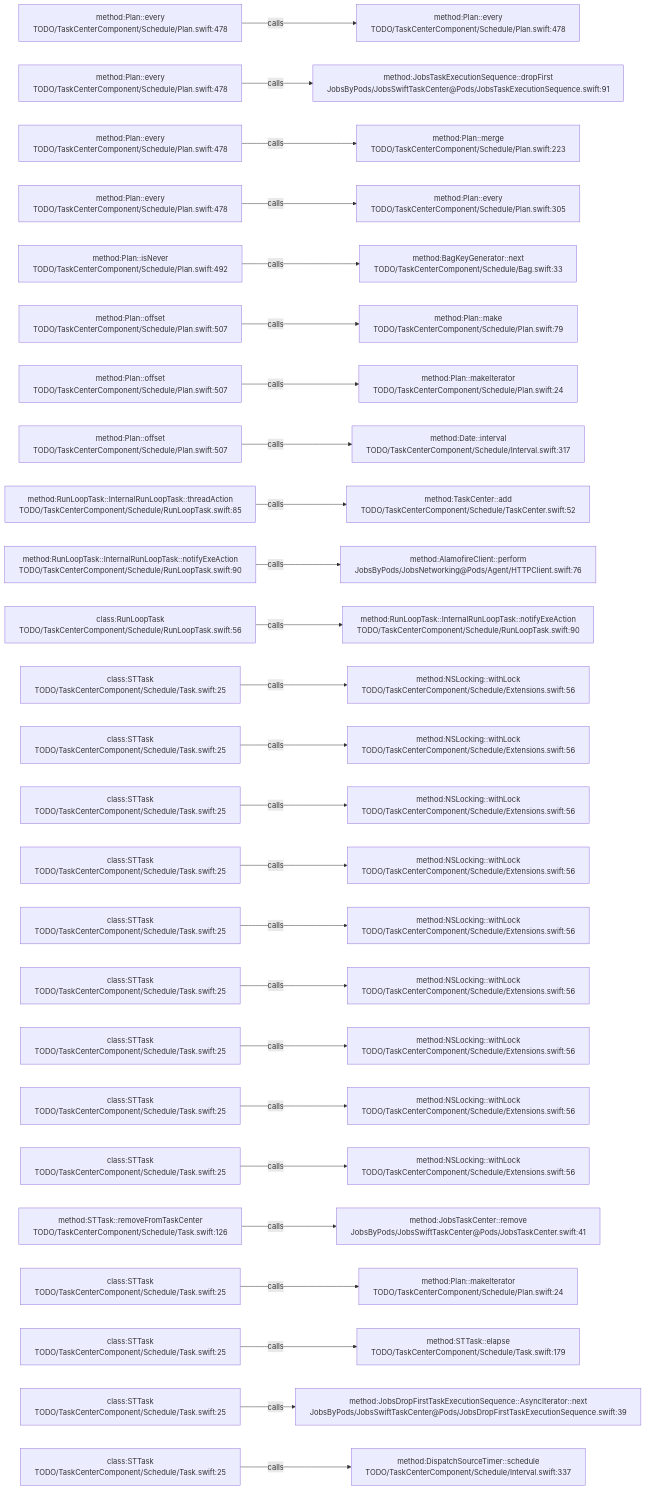
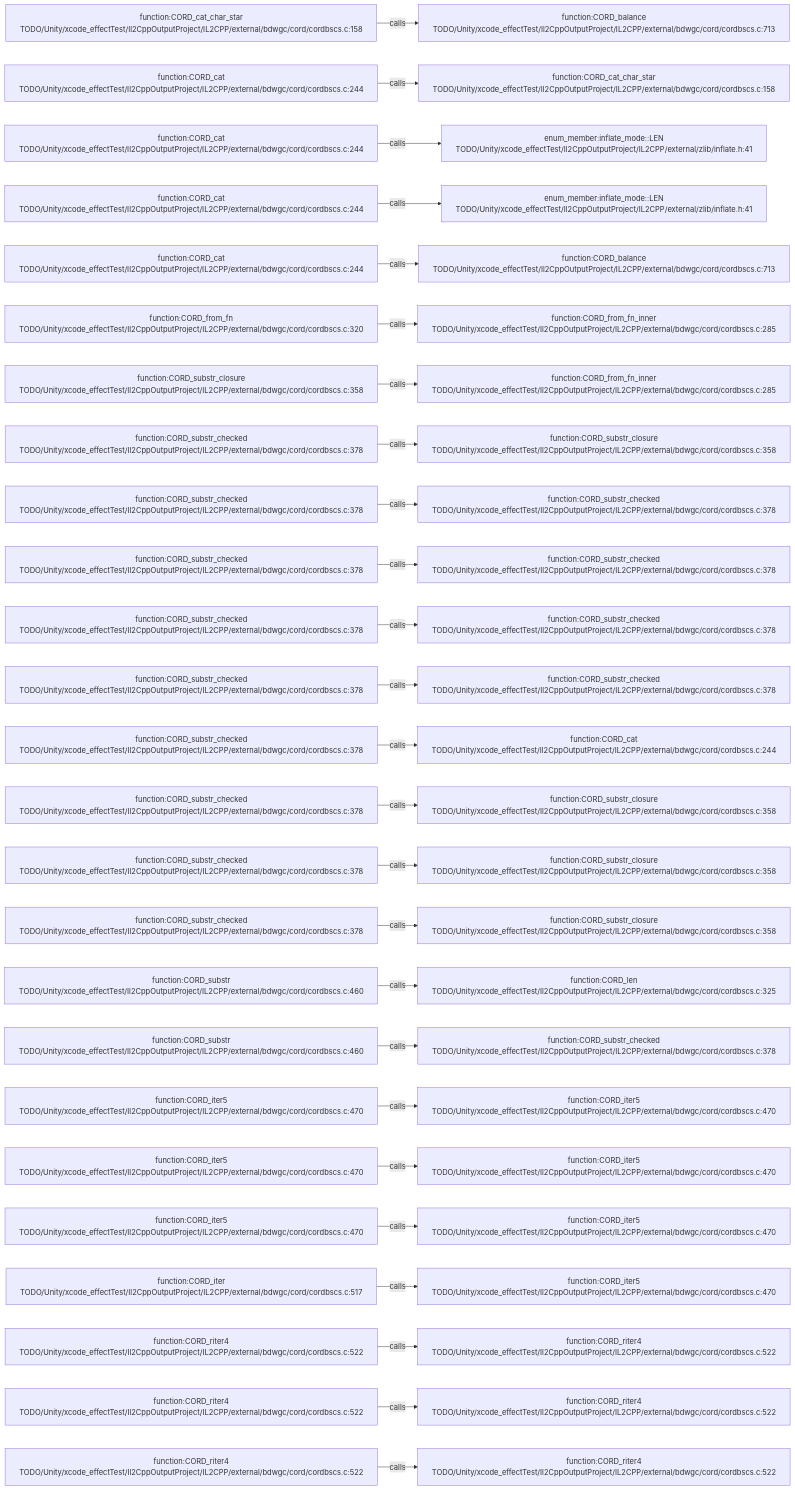
One commit to JobsKits/JobsSwiftBaseConfigDemo changed the diagram in .codegraph/codegraph.md/graphs/calls-084.md. Above: the diagram before and after it, drawn with Mermaid. The commit also changed 227 other files, not shown here.

````diff
--- a/.codegraph/codegraph.md/graphs/calls-084.md
+++ b/.codegraph/codegraph.md/graphs/calls-084.md
@@ -13,78 +13,78 @@
 ```mermaid
 flowchart LR
-  S1["method:Plan::every<br/>TODO/TaskCenterComponent/Schedule/Plan.swift:478"]
-  T1["method:Plan::every<br/>TODO/TaskCenterComponent/Schedule/Plan.swift:478"]
+  S1["function:CORD_cat_char_star<br/>TODO/Unity/xcode_effectTest/Il2CppOutputProject/IL2CPP/external/bdwgc/cord/cordbscs.c:158"]
+  T1["function:CORD_balance<br/>TODO/Unity/xcode_effectTest/Il2CppOutputProject/IL2CPP/external/bdwgc/cord/cordbscs.c:713"]
   S1 -->|calls| T1
-  S2["method:Plan::every<br/>TODO/TaskCenterComponent/Schedule/Plan.swift:478"]
-  T2["method:JobsTaskExecutionSequence::dropFirst<br/>JobsByPods/JobsSwiftTaskCenter@Pods/JobsTaskExecutionSequence.swift:91"]
+  S2["function:CORD_cat<br/>TODO/Unity/xcode_effectTest/Il2CppOutputProject/IL2CPP/external/bdwgc/cord/cordbscs.c:244"]
+  T2["function:CORD_cat_char_star<br/>TODO/Unity/xcode_effectTest/Il2CppOutputProject/IL2CPP/external/bdwgc/cord/cordbscs.c:158"]
   S2 -->|calls| T2
-  S3["method:Plan::every<br/>TODO/TaskCenterComponent/Schedule/Plan.swift:478"]
-  T3["method:Plan::merge<br/>TODO/TaskCenterComponent/Schedule/Plan.swift:223"]
+  S3["function:CORD_cat<br/>TODO/Unity/xcode_effectTest/Il2CppOutputProject/IL2CPP/external/bdwgc/cord/cordbscs.c:244"]
+  T3["enum_member:inflate_mode::LEN<br/>TODO/Unity/xcode_effectTest/Il2CppOutputProject/IL2CPP/external/zlib/inflate.h:41"]
   S3 -->|calls| T3
-  S4["method:Plan::every<br/>TODO/TaskCenterComponent/Schedule/Plan.swift:478"]
-  T4["method:Plan::every<br/>TODO/TaskCenterComponent/Schedule/Plan.swift:305"]
+  S4["function:CORD_cat<br/>TODO/Unity/xcode_effectTest/Il2CppOutputProject/IL2CPP/external/bdwgc/cord/cordbscs.c:244"]
+  T4["enum_member:inflate_mode::LEN<br/>TODO/Unity/xcode_effectTest/Il2CppOutputProject/IL2CPP/external/zlib/inflate.h:41"]
   S4 -->|calls| T4
-  S5["method:Plan::isNever<br/>TODO/TaskCenterComponent/Schedule/Plan.swift:492"]
-  T5["method:BagKeyGenerator::next<br/>TODO/TaskCenterComponent/Schedule/Bag.swift:33"]
+  S5["function:CORD_cat<br/>TODO/Unity/xcode_effectTest/Il2CppOutputProject/IL2CPP/external/bdwgc/cord/cordbscs.c:244"]
+  T5["function:CORD_balance<br/>TODO/Unity/xcode_effectTest/Il2CppOutputProject/IL2CPP/external/bdwgc/cord/cordbscs.c:713"]
   S5 -->|calls| T5
-  S6["method:Plan::offset<br/>TODO/TaskCenterComponent/Schedule/Plan.swift:507"]
-  T6["method:Plan::make<br/>TODO/TaskCenterComponent/Schedule/Plan.swift:79"]
+  S6["function:CORD_from_fn<br/>TODO/Unity/xcode_effectTest/Il2CppOutputProject/IL2CPP/external/bdwgc/cord/cordbscs.c:320"]
+  T6["function:CORD_from_fn_inner<br/>TODO/Unity/xcode_effectTest/Il2CppOutputProject/IL2CPP/external/bdwgc/cord/cordbscs.c:285"]
   S6 -->|calls| T6
-  S7["method:Plan::offset<br/>TODO/TaskCenterComponent/Schedule/Plan.swift:507"]
-  T7["method:Plan::makeIterator<br/>TODO/TaskCenterComponent/Schedule/Plan.swift:24"]
+  S7["function:CORD_substr_closure<br/>TODO/Unity/xcode_effectTest/Il2CppOutputProject/IL2CPP/external/bdwgc/cord/cordbscs.c:358"]
+  T7["function:CORD_from_fn_inner<br/>TODO/Unity/xcode_effectTest/Il2CppOutputProject/IL2CPP/external/bdwgc/cord/cordbscs.c:285"]
   S7 -->|calls| T7
-  S8["method:Plan::offset<br/>TODO/TaskCenterComponent/Schedule/Plan.swift:507"]
-  T8["method:Date::interval<br/>TODO/TaskCenterComponent/Schedule/Interval.swift:317"]
+  S8["function:CORD_substr_checked<br/>TODO/Unity/xcode_effectTest/Il2CppOutputProject/IL2CPP/external/bdwgc/cord/cordbscs.c:378"]
+  T8["function:CORD_substr_closure<br/>TODO/Unity/xcode_effectTest/Il2CppOutputProject/IL2CPP/external/bdwgc/cord/cordbscs.c:358"]
   S8 -->|calls| T8
-  S9["method:RunLoopTask::InternalRunLoopTask::threadAction<br/>TODO/TaskCenterComponent/Schedule/RunLoopTask.swift:85"]
-  T9["method:TaskCenter::add<br/>TODO/TaskCenterComponent/Schedule/TaskCenter.swift:52"]
+  S9["function:CORD_substr_checked<br/>TODO/Unity/xcode_effectTest/Il2CppOutputProject/IL2CPP/external/bdwgc/cord/cordbscs.c:378"]
+  T9["function:CORD_substr_checked<br/>TODO/Unity/xcode_effectTest/Il2CppOutputProject/IL2CPP/external/bdwgc/cord/cordbscs.c:378"]
   S9 -->|calls| T9
-  S10["method:RunLoopTask::InternalRunLoopTask::notifyExeAction<br/>TODO/TaskCenterComponent/Schedule/RunLoopTask.swift:90"]
-  T10["method:AlamofireClient::perform<br/>JobsByPods/JobsNetworking@Pods/Agent/HTTPClient.swift:76"]
+  S10["function:CORD_substr_checked<br/>TODO/Unity/xcode_effectTest/Il2CppOutputProject/IL2CPP/external/bdwgc/cord/cordbscs.c:378"]
+  T10["function:CORD_substr_checked<br/>TODO/Unity/xcode_effectTest/Il2CppOutputProject/IL2CPP/external/bdwgc/cord/cordbscs.c:378"]
   S10 -->|calls| T10
-  S11["class:RunLoopTask<br/>TODO/TaskCenterComponent/Schedule/RunLoopTask.swift:56"]
-  T11["method:RunLoopTask::InternalRunLoopTask::notifyExeAction<br/>TODO/TaskCenterComponent/Schedule/RunLoopTask.swift:90"]
+  S11["function:CORD_substr_checked<br/>TODO/Unity/xcode_effectTest/Il2CppOutputProject/IL2CPP/external/bdwgc/cord/cordbscs.c:378"]
+  T11["function:CORD_substr_checked<br/>TODO/Unity/xcode_effectTest/Il2CppOutputProject/IL2CPP/external/bdwgc/cord/cordbscs.c:378"]
   S11 -->|calls| T11
-  S12["class:STTask<br/>TODO/TaskCenterComponent/Schedule/Task.swift:25"]
-  T12["method:NSLocking::withLock<br/>TODO/TaskCenterComponent/Schedule/Extensions.swift:56"]
+  S12["function:CORD_substr_checked<br/>TODO/Unity/xcode_effectTest/Il2CppOutputProject/IL2CPP/external/bdwgc/cord/cordbscs.c:378"]
+  T12["function:CORD_substr_checked<br/>TODO/Unity/xcode_effectTest/Il2CppOutputProject/IL2CPP/external/bdwgc/cord/cordbscs.c:378"]
   S12 -->|calls| T12
-  S13["class:STTask<br/>TODO/TaskCenterComponent/Schedule/Task.swift:25"]
-  T13["method:NSLocking::withLock<br/>TODO/TaskCenterComponent/Schedule/Extensions.swift:56"]
+  S13["function:CORD_substr_checked<br/>TODO/Unity/xcode_effectTest/Il2CppOutputProject/IL2CPP/external/bdwgc/cord/cordbscs.c:378"]
+  T13["function:CORD_cat<br/>TODO/Unity/xcode_effectTest/Il2CppOutputProject/IL2CPP/external/bdwgc/cord/cordbscs.c:244"]
   S13 -->|calls| T13
-  S14["class:STTask<br/>TODO/TaskCenterComponent/Schedule/Task.swift:25"]
-  T14["method:NSLocking::withLock<br/>TODO/TaskCenterComponent/Schedule/Extensions.swift:56"]
+  S14["function:CORD_substr_checked<br/>TODO/Unity/xcode_effectTest/Il2CppOutputProject/IL2CPP/external/bdwgc/cord/cordbscs.c:378"]
+  T14["function:CORD_substr_closure<br/>TODO/Unity/xcode_effectTest/Il2CppOutputProject/IL2CPP/external/bdwgc/cord/cordbscs.c:358"]
   S14 -->|calls| T14
-  S15["class:STTask<br/>TODO/TaskCenterComponent/Schedule/Task.swift:25"]
-  T15["method:NSLocking::withLock<br/>TODO/TaskCenterComponent/Schedule/Extensions.swift:56"]
+  S15["function:CORD_substr_checked<br/>TODO/Unity/xcode_effectTest/Il2CppOutputProject/IL2CPP/external/bdwgc/cord/cordbscs.c:378"]
+  T15["function:CORD_substr_closure<br/>TODO/Unity/xcode_effectTest/Il2CppOutputProject/IL2CPP/external/bdwgc/cord/cordbscs.c:358"]
   S15 -->|calls| T15
-  S16["class:STTask<br/>TODO/TaskCenterComponent/Schedule/Task.swift:25"]
-  T16["method:NSLocking::withLock<br/>TODO/TaskCenterComponent/Schedule/Extensions.swift:56"]
+  S16["function:CORD_substr_checked<br/>TODO/Unity/xcode_effectTest/Il2CppOutputProject/IL2CPP/external/bdwgc/cord/cordbscs.c:378"]
+  T16["function:CORD_substr_closure<br/>TODO/Unity/xcode_effectTest/Il2CppOutputProject/IL2CPP/external/bdwgc/cord/cordbscs.c:358"]
   S16 -->|calls| T16
-  S17["class:STTask<br/>TODO/TaskCenterComponent/Schedule/Task.swift:25"]
-  T17["method:NSLocking::withLock<br/>TODO/TaskCenterComponent/Schedule/Extensions.swift:56"]
+  S17["function:CORD_substr<br/>TODO/Unity/xcode_effectTest/Il2CppOutputProject/IL2CPP/external/bdwgc/cord/cordbscs.c:460"]
+  T17["function:CORD_len<br/>TODO/Unity/xcode_effectTest/Il2CppOutputProject/IL2CPP/external/bdwgc/cord/cordbscs.c:325"]
   S17 -->|calls| T17
-  S18["class:STTask<br/>TODO/TaskCenterComponent/Schedule/Task.swift:25"]
-  T18["method:NSLocking::withLock<br/>TODO/TaskCenterComponent/Schedule/Extensions.swift:56"]
+  S18["function:CORD_substr<br/>TODO/Unity/xcode_effectTest/Il2CppOutputProject/IL2CPP/external/bdwgc/cord/cordbscs.c:460"]
+  T18["function:CORD_substr_checked<br/>TODO/Unity/xcode_effectTest/Il2CppOutputProject/IL2CPP/external/bdwgc/cord/cordbscs.c:378"]
   S18 -->|calls| T18
-  S19["class:STTask<br/>TODO/TaskCenterComponent/Schedule/Task.swift:25"]
-  T19["method:NSLocking::withLock<br/>TODO/TaskCenterComponent/Schedule/Extensions.swift:56"]
+  S19["function:CORD_iter5<br/>TODO/Unity/xcode_effectTest/Il2CppOutputProject/IL2CPP/external/bdwgc/cord/cordbscs.c:470"]
+  T19["function:CORD_iter5<br/>TODO/Unity/xcode_effectTest/Il2CppOutputProject/IL2CPP/external/bdwgc/cord/cordbscs.c:470"]
   S19 -->|calls| T19
-  S20["class:STTask<br/>TODO/TaskCenterComponent/Schedule/Task.swift:25"]
-  T20["method:NSLocking::withLock<br/>TODO/TaskCenterComponent/Schedule/Extensions.swift:56"]
+  S20["function:CORD_iter5<br/>TODO/Unity/xcode_effectTest/Il2CppOutputProject/IL2CPP/external/bdwgc/cord/cordbscs.c:470"]
+  T20["function:CORD_iter5<br/>TODO/Unity/xcode_effectTest/Il2CppOutputProject/IL2CPP/external/bdwgc/cord/cordbscs.c:470"]
   S20 -->|calls| T20
-  S21["method:STTask::removeFromTaskCenter<br/>TODO/TaskCenterComponent/Schedule/Task.swift:126"]
-  T21["method:JobsTaskCenter::remove<br/>JobsByPods/JobsSwiftTaskCenter@Pods/JobsTaskCenter.swift:41"]
+  S21["function:CORD_iter5<br/>TODO/Unity/xcode_effectTest/Il2CppOutputProject/IL2CPP/external/bdwgc/cord/cordbscs.c:470"]
+  T21["function:CORD_iter5<br/>TODO/Unity/xcode_effectTest/Il2CppOutputProject/IL2CPP/external/bdwgc/cord/cordbscs.c:470"]
   S21 -->|calls| T21
-  S22["class:STTask<br/>TODO/TaskCenterComponent/Schedule/Task.swift:25"]
-  T22["method:Plan::makeIterator<br/>TODO/TaskCenterComponent/Schedule/Plan.swift:24"]
+  S22["function:CORD_iter<br/>TODO/Unity/xcode_effectTest/Il2CppOutputProject/IL2CPP/external/bdwgc/cord/cordbscs.c:517"]
+  T22["function:CORD_iter5<br/>TODO/Unity/xcode_effectTest/Il2CppOutputProject/IL2CPP/external/bdwgc/cord/cordbscs.c:470"]
   S22 -->|calls| T22
-  S23["class:STTask<br/>TODO/TaskCenterComponent/Schedule/Task.swift:25"]
-  T23["method:STTask::elapse<br/>TODO/TaskCenterComponent/Schedule/Task.swift:179"]
+  S23["function:CORD_riter4<br/>TODO/Unity/xcode_effectTest/Il2CppOutputProject/IL2CPP/external/bdwgc/cord/cordbscs.c:522"]
+  T23["function:CORD_riter4<br/>TODO/Unity/xcode_effectTest/Il2CppOutputProject/IL2CPP/external/bdwgc/cord/cordbscs.c:522"]
   S23 -->|calls| T23
-  S24["class:STTask<br/>TODO/TaskCenterComponent/Schedule/Task.swift:25"]
-  T24["method:JobsDropFirstTaskExecutionSequence::AsyncIterator::next<br/>JobsByPods/JobsSwiftTaskCenter@Pods/JobsDropFirstTaskExecutionSequence.swift:39"]
+  S24["function:CORD_riter4<br/>TODO/Unity/xcode_effectTest/Il2CppOutputProject/IL2CPP/external/bdwgc/cord/cordbscs.c:522"]
+  T24["function:CORD_riter4<br/>TODO/Unity/xcode_effectTest/Il2CppOutputProject/IL2CPP/external/bdwgc/cord/cordbscs.c:522"]
   S24 -->|calls| T24
-  S25["class:STTask<br/>TODO/TaskCenterComponent/Schedule/Task.swift:25"]
-  T25["method:DispatchSourceTimer::schedule<br/>TODO/TaskCenterComponent/Schedule/Interval.swift:337"]
+  S25["function:CORD_riter4<br/>TODO/Unity/xcode_effectTest/Il2CppOutputProject/IL2CPP/external/bdwgc/cord/cordbscs.c:522"]
+  T25["function:CORD_riter4<br/>TODO/Unity/xcode_effectTest/Il2CppOutputProject/IL2CPP/external/bdwgc/cord/cordbscs.c:522"]
   S25 -->|calls| T25
 ```
````
